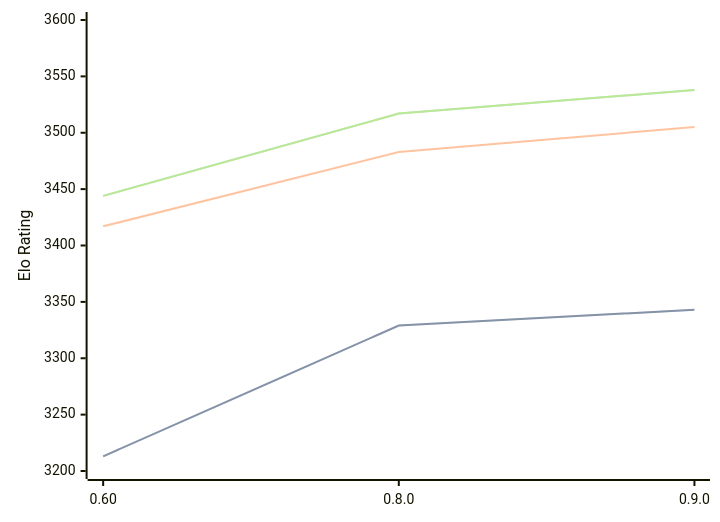
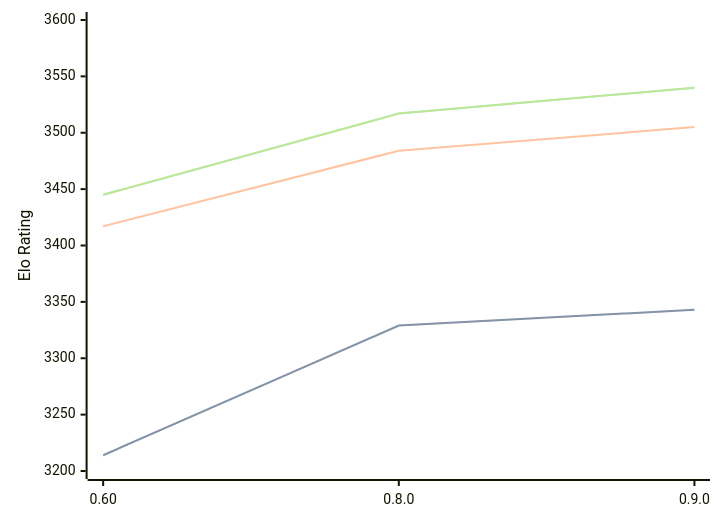
The diagram in engines/Motor.md (computer-chess-index/cci), drawn with Mermaid before and after one commit. The commit also changed other lines of this file, not shown here.

Commit message:
Update CCI Ratings (ELO VLTC) - 2026-09-16

````diff
--- a/engines/Motor.md
+++ b/engines/Motor.md
@@ -33,11 +33,11 @@
 ```mermaid
 %%{init: {"theme":"base","themeVariables":{"seriesColors:['#a3a3a3','#222221','#faa371']}}}%%
 xychart-beta
   x-axis ["0.60", "0.8.0", "0.9.0"]
   y-axis "Elo Rating" 3200 --> 3600
-  line "" [3213, 3329, 3343]
-  line "STC (8.0+0.08s)" [3213, 3329, 3343]
-  line "LTC (60.0+0.60s)" [3417, 3483, 3505]
-  line "" [3444, 3517, 3538]
-  line "VLTC (2m24s+1.12s)" [3444, 3517, 3538]
+  line "" [3214, 3329, 3343]
+  line "STC (8.0+0.08s)" [3214, 3329, 3343]
+  line "LTC (60.0+0.60s)" [3417, 3484, 3505]
+  line "" [3445, 3517, 3540]
+  line "VLTC (2m24s+1.12s)" [3445, 3517, 3540]
 ```
````
